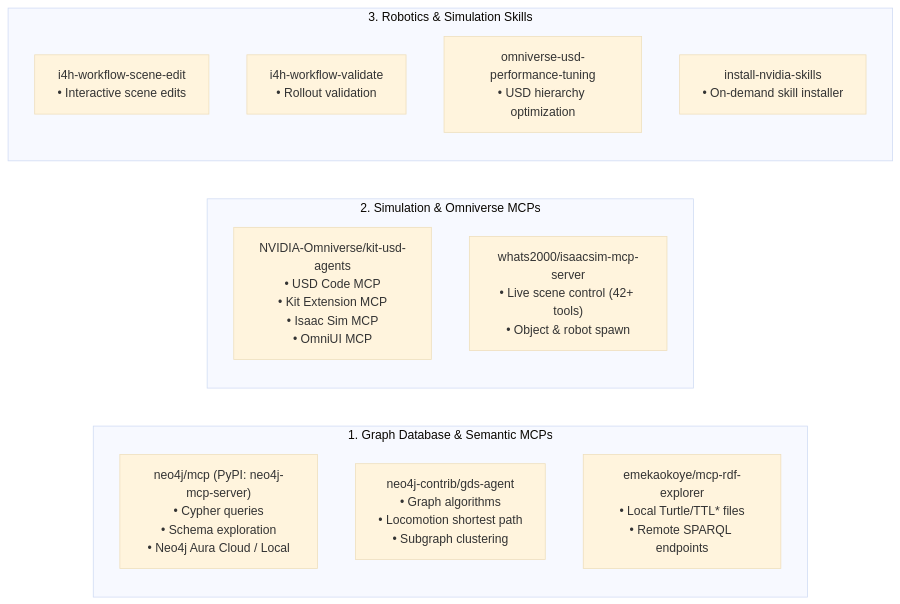
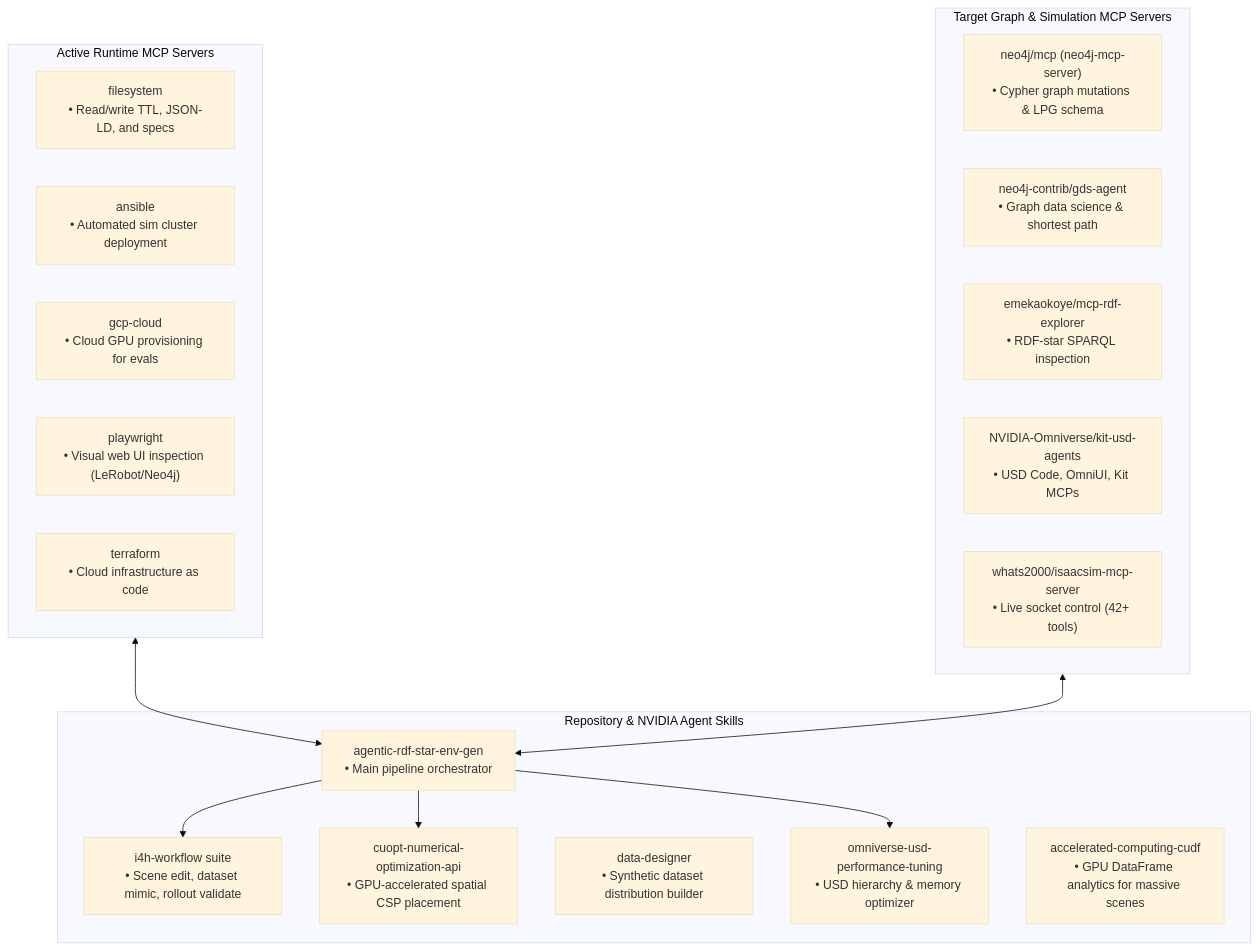
Before and after one commit to boredengineering/IsaacLab-Arena: the fifth of 7 diagrams in .agents/references/agentic_env_generation/rdf_star_lpg_provo_plan.md, drawn with Mermaid (base theme). The commit also changed other lines of this file, not shown here.

Commit message:
revert, issues with mcps

````diff
--- a/.agents/references/agentic_env_generation/rdf_star_lpg_provo_plan.md
+++ b/.agents/references/agentic_env_generation/rdf_star_lpg_provo_plan.md
@@ -494,20 +498,33 @@
 ```mermaid
-flowchart LR
-    subgraph GRAPH_MCP ["1. Graph Database & Semantic MCPs"]
-        N1["neo4j/mcp (PyPI: neo4j-mcp-server)\n• Cypher queries\n• Schema exploration\n• Neo4j Aura Cloud / Local"]
-        N2["neo4j-contrib/gds-agent\n• Graph algorithms\n• Locomotion shortest path\n• Subgraph clustering"]
-        R1["emekaokoye/mcp-rdf-explorer\n• Local Turtle/TTL* files\n• Remote SPARQL endpoints"]
+flowchart TD
+    subgraph ACTIVE_MCPS ["Active Runtime MCP Servers"]
+        M_FS["filesystem\n• Read/write TTL, JSON-LD, and specs"]
+        M_ANS["ansible\n• Automated sim cluster deployment"]
+        M_GCP["gcp-cloud\n• Cloud GPU provisioning for evals"]
+        M_PW["playwright\n• Visual web UI inspection (LeRobot/Neo4j)"]
+        M_TF["terraform\n• Cloud infrastructure as code"]
     end
 
-    subgraph SIM_MCP ["2. Simulation & Omniverse MCPs"]
-        O1["NVIDIA-Omniverse/kit-usd-agents\n• USD Code MCP\n• Kit Extension MCP\n• Isaac Sim MCP\n• OmniUI MCP"]
-        O2["whats2000/isaacsim-mcp-server\n• Live scene control (42+ tools)\n• Object & robot spawn"]
+    subgraph EXT_MCPS ["Target Graph & Simulation MCP Servers"]
+        E_NEO["neo4j/mcp (neo4j-mcp-server)\n• Cypher graph mutations & LPG schema"]
+        E_GDS["neo4j-contrib/gds-agent\n• Graph data science & shortest path"]
+        E_RDF["emekaokoye/mcp-rdf-explorer\n• RDF-star SPARQL inspection"]
+        E_USD["NVIDIA-Omniverse/kit-usd-agents\n• USD Code, OmniUI, Kit MCPs"]
+        E_SIM["whats2000/isaacsim-mcp-server\n• Live socket control (42+ tools)"]
     end
 
-    subgraph SKILLS ["3. Robotics & Simulation Skills"]
-        S1["i4h-workflow-scene-edit\n• Interactive scene edits"]
-        S2["i4h-workflow-validate\n• Rollout validation"]
-        S3["omniverse-usd-performance-tuning\n• USD hierarchy optimization"]
-        S4["install-nvidia-skills\n• On-demand skill installer"]
+    subgraph AGENT_SKILLS ["Repository & NVIDIA Agent Skills"]
+        S_RDF["agentic-rdf-star-env-gen\n• Main pipeline orchestrator"]
+        S_I4H["i4h-workflow suite\n• Scene edit, dataset mimic, rollout validate"]
+        S_OPT["cuopt-numerical-optimization-api\n• GPU-accelerated spatial CSP placement"]
+        S_DATA["data-designer\n• Synthetic dataset distribution builder"]
+        S_USD["omniverse-usd-performance-tuning\n• USD hierarchy & memory optimizer"]
+        S_CUDF["accelerated-computing-cudf\n• GPU DataFrame analytics for massive scenes"]
     end
+
+    ACTIVE_MCPS <--> S_RDF
+    EXT_MCPS <--> S_RDF
+    S_RDF --> S_OPT
+    S_RDF --> S_I4H
+    S_RDF --> S_USD
 ```
````
